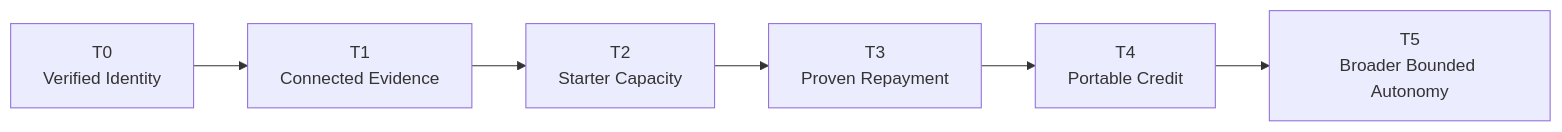
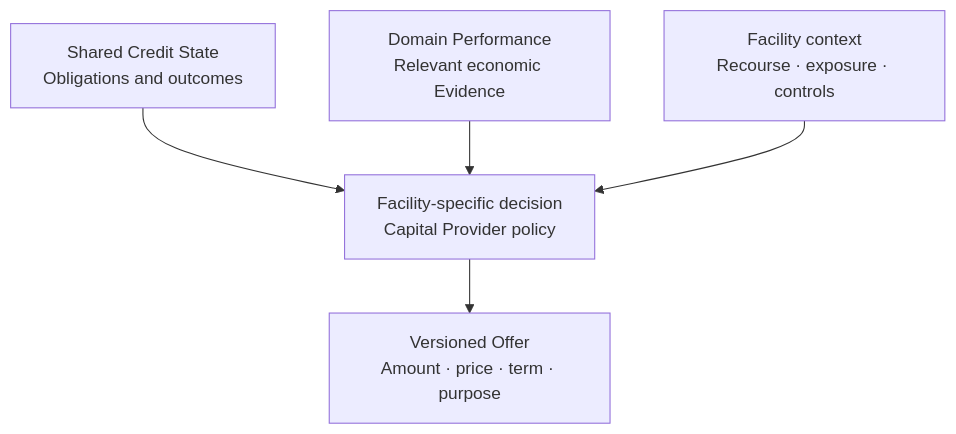
One commit to CPTM511/IPO.ONE changed the fourth of 7 diagrams in docs/WHITEPAPER.md. Above: the diagram before and after it, drawn with Mermaid. The commit also changed other lines of this file and 14 other files, not shown here.

````diff
--- a/docs/WHITEPAPER.md
+++ b/docs/WHITEPAPER.md
@@ -1132,8 +374,9 @@
 ```mermaid
-flowchart LR
-    T0["T0\nVerified Identity"] --> T1["T1\nConnected Evidence"]
-    T1 --> T2["T2\nStarter Capacity"]
-    T2 --> T3["T3\nProven Repayment"]
-    T3 --> T4["T4\nPortable Credit"]
-    T4 --> T5["T5\nBroader Bounded Autonomy"]
+%% title: Portable credit, contextual underwriting
+%% caption: Shared history is interpreted alongside domain relevance and the exact Facility structure.
+flowchart TB
+    Shared["Shared Credit State\nObligations and outcomes"] --> Decision["Facility-specific decision\nCapital Provider policy"]
+    Domain["Domain Performance\nRelevant economic Evidence"] --> Decision
+    Context["Facility context\nRecourse · exposure · controls"] --> Decision
+    Decision --> Offer["Versioned Offer\nAmount · price · term · purpose"]
 ```
````
